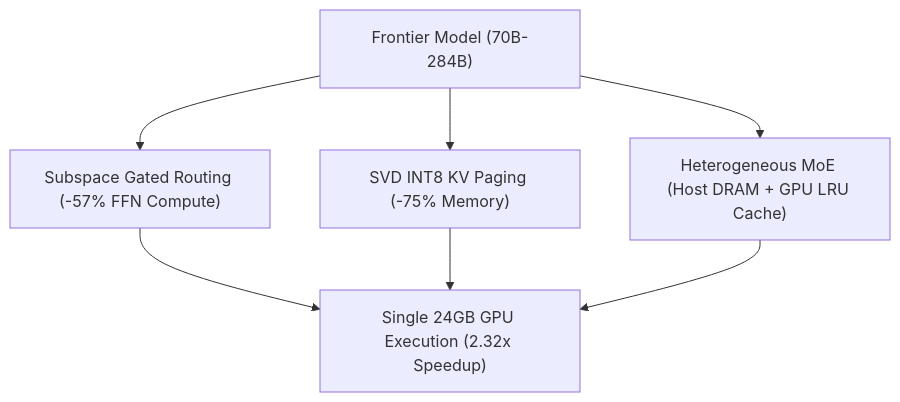
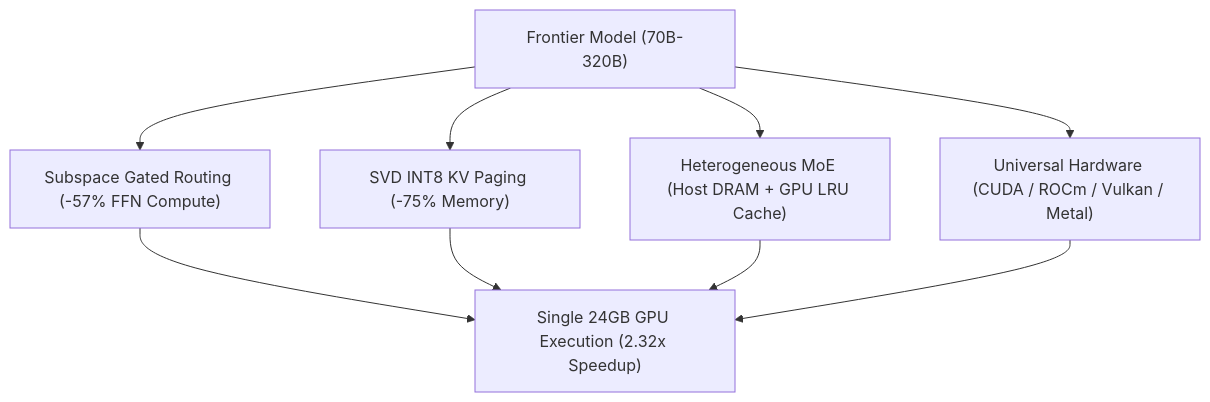
The diagram in docs/index.md (intutic/turing), drawn with Mermaid before and after one commit. The commit also changed other lines of this file and 1 other file, not shown here.

Commit message:
docs: update index and hardware benchmark sizing tables with GLM-5.3-Flash and v0.1.8

````diff
--- a/docs/index.md
+++ b/docs/index.md
@@ -21,9 +22,11 @@
 ```mermaid
 graph TD
-    A["Frontier Model (70B-284B)"] --> B["Subspace Gated Routing (-57% FFN Compute)"]
+    A["Frontier Model (70B-320B)"] --> B["Subspace Gated Routing (-57% FFN Compute)"]
     A --> C["SVD INT8 KV Paging (-75% Memory)"]
     A --> D["Heterogeneous MoE (Host DRAM + GPU LRU Cache)"]
+    A --> F["Universal Hardware (CUDA / ROCm / Vulkan / Metal)"]
     B --> E["Single 24GB GPU Execution (2.32x Speedup)"]
     C --> E
     D --> E
+    F --> E
 ```
````
